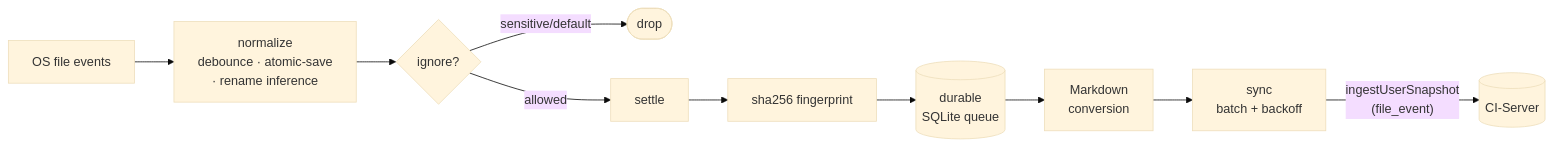
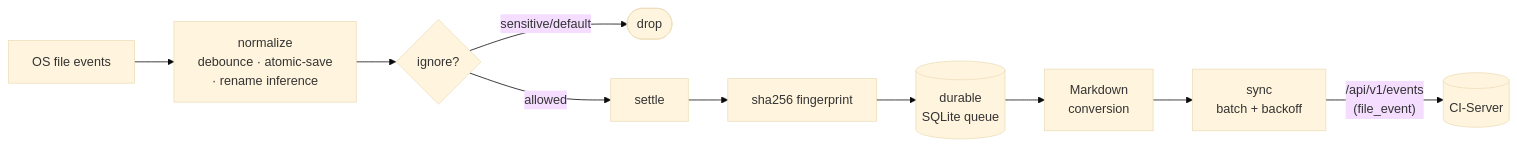
Before and after one commit to companionintelligence/CI-Capture: the second of 2 diagrams in README.md, drawn with Mermaid (base theme). The commit also changed other lines of this file and 22 other files, not shown here.

````diff
--- a/README.md
+++ b/README.md
@@ -107,12 +107,12 @@
 ```mermaid
 flowchart LR
     OS["OS file events"] --> N["normalize<br/>debounce · atomic‑save<br/>· rename inference"]
     N --> IG{"ignore?"}
     IG -->|sensitive/default| D(["drop"])
     IG -->|allowed| S["settle"]
     S --> F["sha256 fingerprint"]
     F --> Q[("durable<br/>SQLite queue")]
     Q --> M["Markdown<br/>conversion"]
     M --> SY["sync<br/>batch + backoff"]
-    SY -->|"ingestUserSnapshot<br/>(file_event)"| CI[("CI‑Server")]
+    SY -->|"/api/v1/events<br/>(file_event)"| CI[("CI‑Server")]
 ```
````
